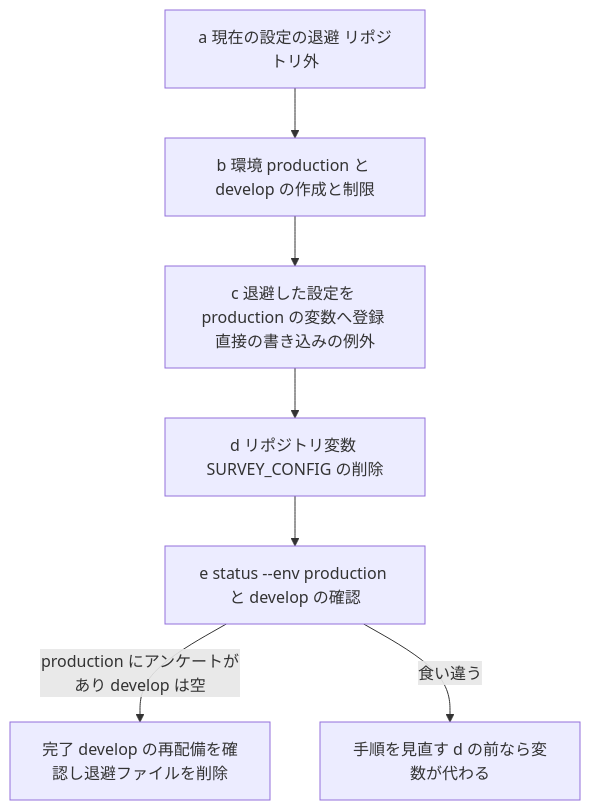
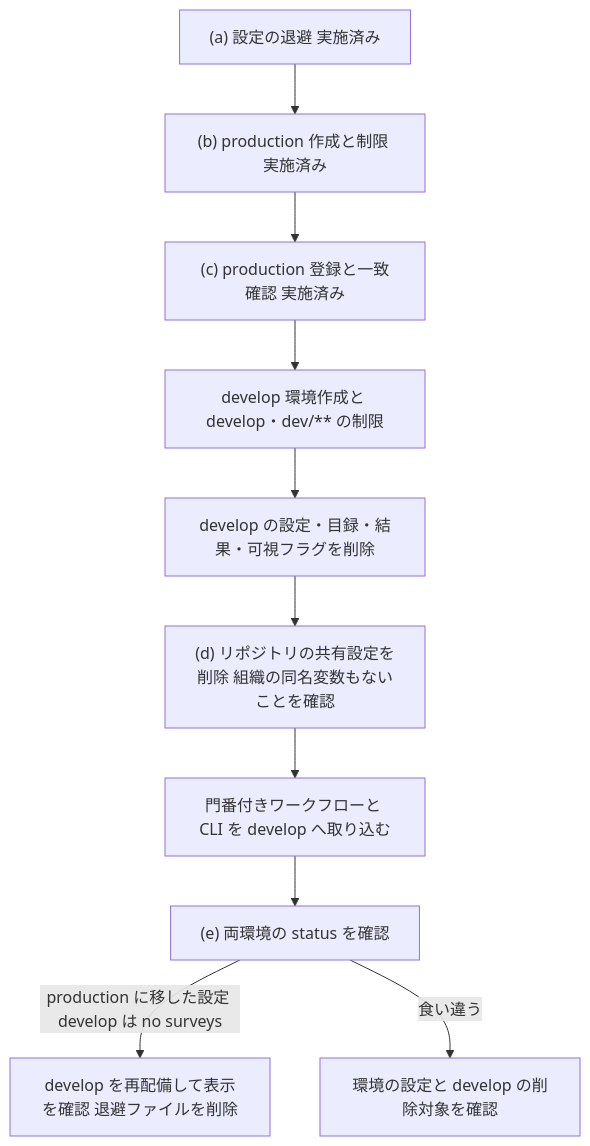
The fourth of 4 diagrams in .kiro/specs/survey-env-config/design.md (nekono-dev/skyshare), drawn with Mermaid before and after one commit. The commit also changed other lines of this file and 2 other files, not shown here.

First line of the commit message:
survey-env-config: 利用者の決定と設計検証の指摘を反映

````diff
--- a/.kiro/specs/survey-env-config/design.md
+++ b/.kiro/specs/survey-env-config/design.md
@@ -514,9 +556,12 @@
 ```mermaid
 flowchart TD
-  A[a 現在の設定の退避 リポジトリ外] --> B[b 環境 production と develop の作成と制限]
-  B --> C[c 退避した設定を production の変数へ登録 直接の書き込みの例外]
-  C --> D[d リポジトリ変数 SURVEY_CONFIG の削除]
-  D --> E[e status --env production と develop の確認]
-  E -- production にアンケートがあり develop は空 --> F[完了 develop の再配備を確認し退避ファイルを削除]
-  E -- 食い違う --> G[手順を見直す d の前なら変数が代わる]
+  A["(a) 設定の退避 実施済み"] --> B["(b) production 作成と制限 実施済み"]
+  B --> C["(c) production 登録と一致確認 実施済み"]
+  C --> Dev["develop 環境作成と develop・dev/** の制限"]
+  Dev --> Clear["develop の設定・目録・結果・可視フラグを削除"]
+  Clear --> D["(d) リポジトリの共有設定を削除 組織の同名変数もないことを確認"]
+  D --> Merge["門番付きワークフローと CLI を develop へ取り込む"]
+  Merge --> E["(e) 両環境の status を確認"]
+  E -- "production に移した設定 develop は no surveys" --> Done["develop を再配備して表示を確認 退避ファイルを削除"]
+  E -- "食い違う" --> Fix["環境の設定と develop の削除対象を確認"]
 ```
````
